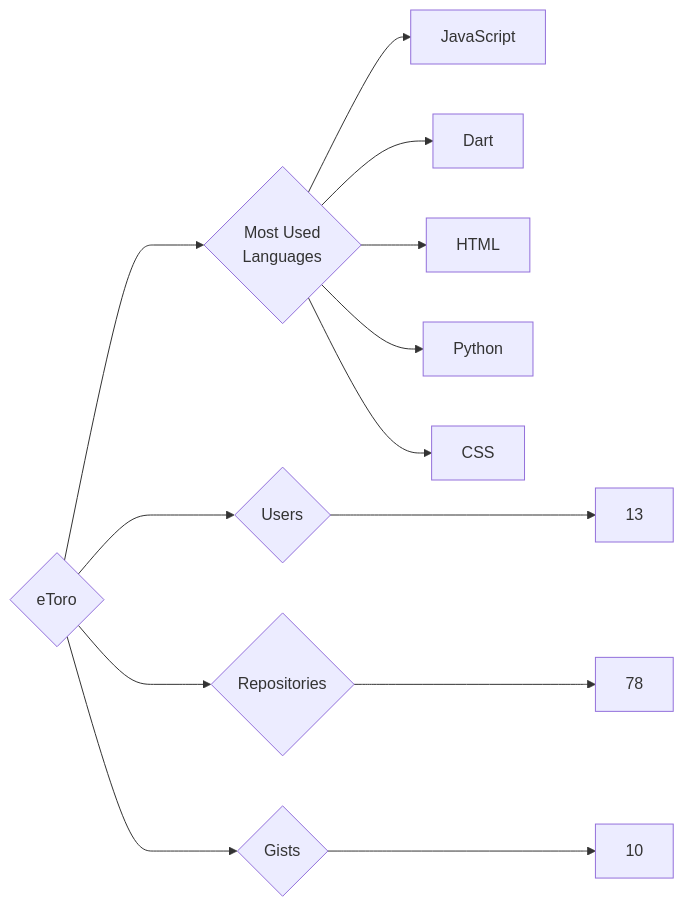
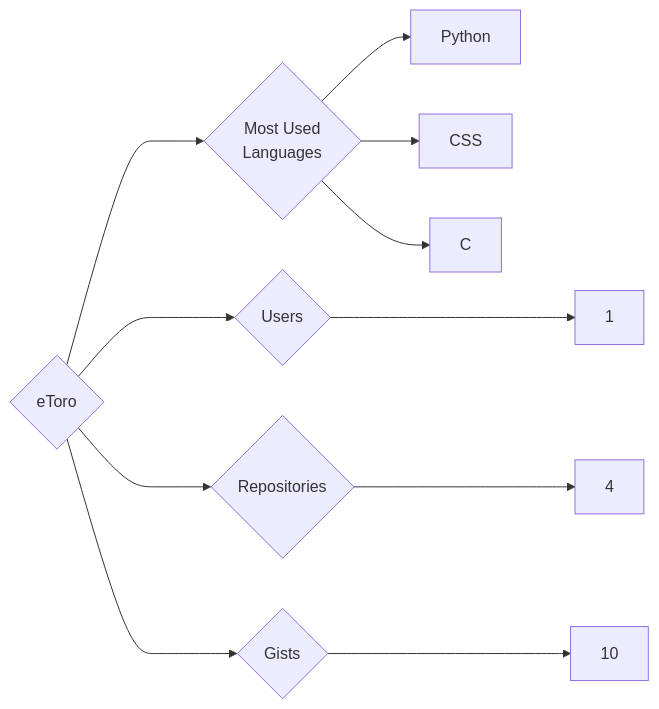
The diagram in targets/eToro/README.md (trickest/insiders), drawn with Mermaid before and after one commit. The commit also changed 972 other files, not shown here.

````diff
--- a/targets/eToro/README.md
+++ b/targets/eToro/README.md
@@ -3,13 +3,11 @@
 ```mermaid
 graph LR
 COMPANY_NAME{eToro}
-COMPANY_NAME ---> U{Users} ---> UN[13]
-COMPANY_NAME ---> R{Repositories} ---> RN[78]
+COMPANY_NAME ---> U{Users} ---> UN[1]
+COMPANY_NAME ---> R{Repositories} ---> RN[4]
 COMPANY_NAME ---> G{Gists} ---> GN[10]
 COMPANY_NAME ---> ML{Most Used<br>Languages}
-ML --> JavaScript[JavaScript]
-ML --> Dart[Dart]
-ML --> HTML[HTML]
 ML --> Python[Python]
 ML --> CSS[CSS]
+ML --> C[C]
 ```
````
